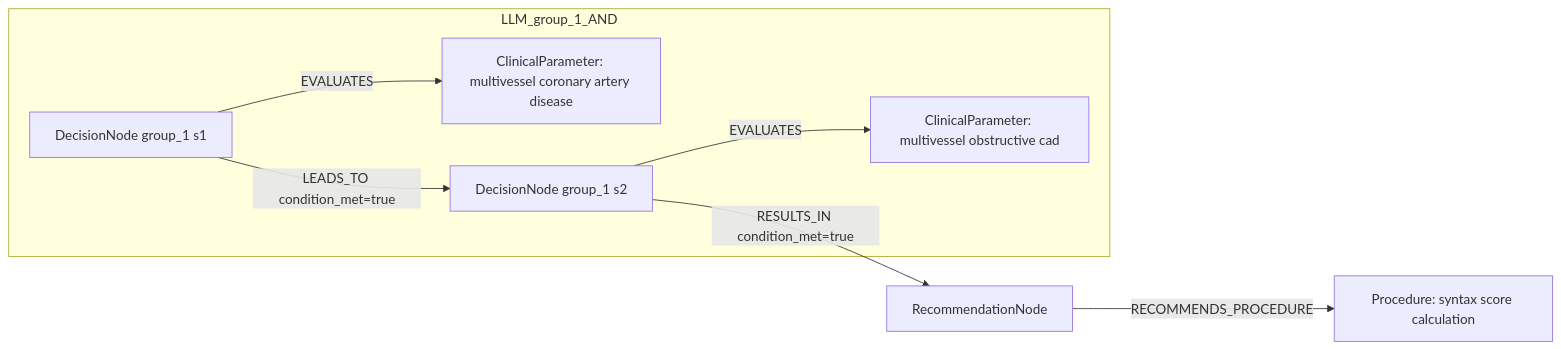
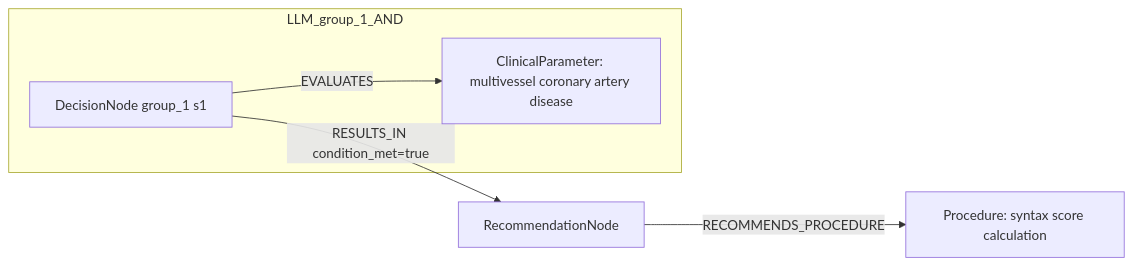
One commit to dieterich-lab/CardioGuidelinesGraph changed the second of 2 diagrams in docs/table22_rows_comparison/row_15.md. Above: the diagram before and after it, drawn with Mermaid. The commit also changed other lines of this file and 20 other files, not shown here.

````diff
--- a/docs/table22_rows_comparison/row_15.md
+++ b/docs/table22_rows_comparison/row_15.md
@@ -142,16 +114,12 @@
 ```mermaid
 graph LR
   REC[RecommendationNode]
   ACT1[Procedure: syntax score calculation]
   REC -->|RECOMMENDS_PROCEDURE| ACT1
   subgraph LLM_group_1_AND
     D_group_1_1[DecisionNode group_1 s1]
     C_group_1_1[ClinicalParameter: multivessel coronary artery disease]
     D_group_1_1 -->|EVALUATES| C_group_1_1
-    D_group_1_2[DecisionNode group_1 s2]
-    C_group_1_2[ClinicalParameter: multivessel obstructive cad]
-    D_group_1_2 -->|EVALUATES| C_group_1_2
-    D_group_1_1 -->|LEADS_TO condition_met=true| D_group_1_2
   end
-  D_group_1_2 -->|RESULTS_IN condition_met=true| REC
+  D_group_1_1 -->|RESULTS_IN condition_met=true| REC
 ```
````
